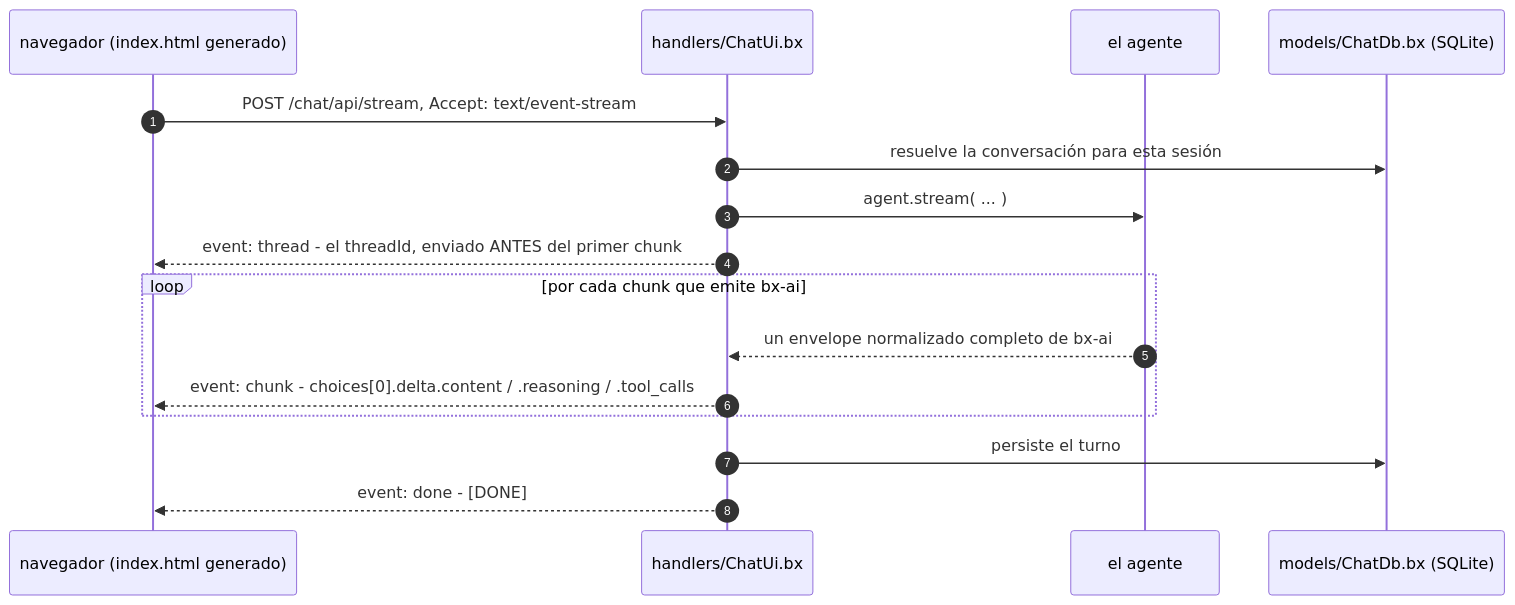
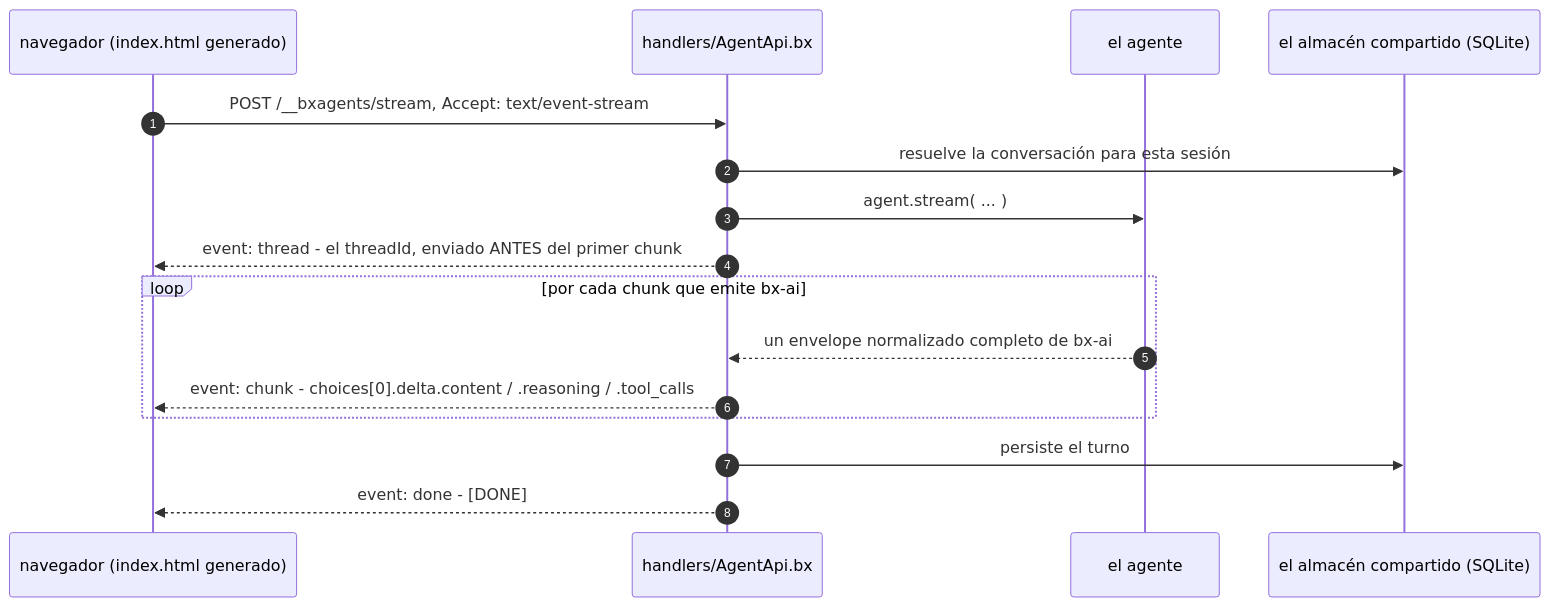
Before and after one commit to ortus-boxlang/bx-agents: the diagram in docs/versions/1.0.x/i18n/es/conventions/web-ui.md, drawn with Mermaid. The commit also changed other lines of this file and 17 other files, not shown here.

First line of the commit message:
Docs: the web page runs on the agent API (EN, mirror, ES), example and changelog

````diff
--- a/docs/versions/1.0.x/i18n/es/conventions/web-ui.md
+++ b/docs/versions/1.0.x/i18n/es/conventions/web-ui.md
@@ -74,19 +74,19 @@
 ```mermaid
 sequenceDiagram
     autonumber
     participant B as navegador (index.html generado)
-    participant H as handlers/ChatUi.bx
+    participant H as handlers/AgentApi.bx
     participant A as el agente
-    participant D as models/ChatDb.bx (SQLite)
+    participant D as el almacén compartido (SQLite)
 
-    B->>H: POST /chat/api/stream, Accept: text/event-stream
+    B->>H: POST /__bxagents/stream, Accept: text/event-stream
     H->>D: resuelve la conversación para esta sesión
     H->>A: agent.stream( ... )
     H-->>B: event: thread - el threadId, enviado ANTES del primer chunk
     loop por cada chunk que emite bx-ai
         A-->>H: un envelope normalizado completo de bx-ai
         H-->>B: event: chunk - choices[0].delta.content / .reasoning / .tool_calls
     end
     H->>D: persiste el turno
     H-->>B: event: done - [DONE]
 ```
````
